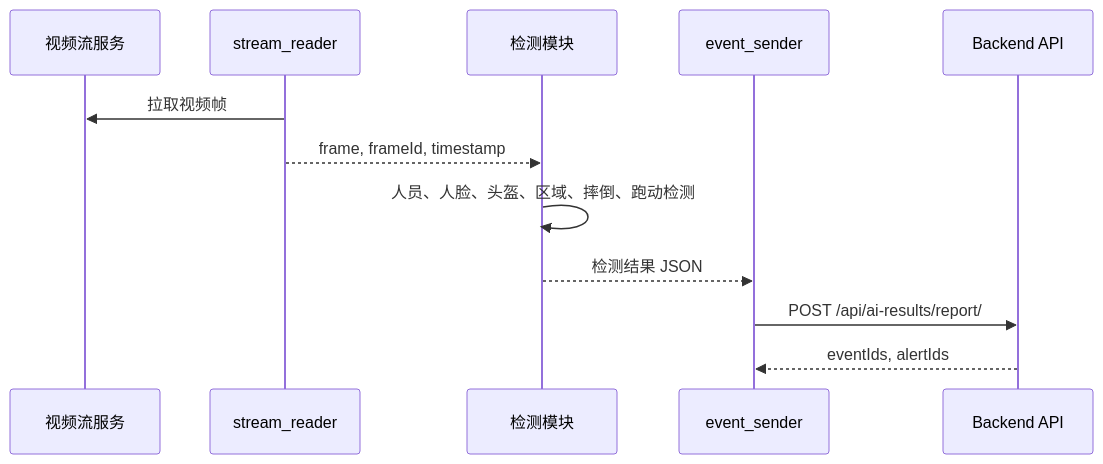
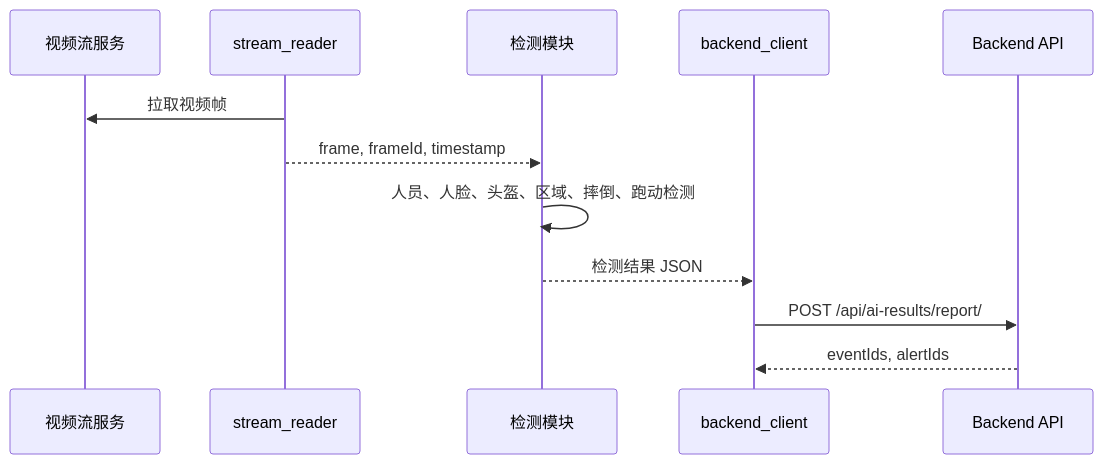
Before and after one commit to YuzhSong/FactoryVision: the first of 2 diagrams in docs/06-ai-service-design.md, drawn with Mermaid. The commit also changed other lines of this file and 20 other files, not shown here.

````diff
--- a/docs/06-ai-service-design.md
+++ b/docs/06-ai-service-design.md
@@ -183,15 +187,15 @@
 ```mermaid
 sequenceDiagram
     participant Stream as 视频流服务
     participant Reader as stream_reader
     participant Detector as 检测模块
-    participant Sender as event_sender
+    participant Client as backend_client
     participant Backend as Backend API
 
     Reader->>Stream: 拉取视频帧
     Reader-->>Detector: frame, frameId, timestamp
     Detector->>Detector: 人员、人脸、头盔、区域、摔倒、跑动检测
-    Detector-->>Sender: 检测结果 JSON
-    Sender->>Backend: POST /api/ai-results/report/
-    Backend-->>Sender: eventIds, alertIds
+    Detector-->>Client: 检测结果 JSON
+    Client->>Backend: POST /api/ai-results/report/
+    Backend-->>Client: eventIds, alertIds
 ```
````
